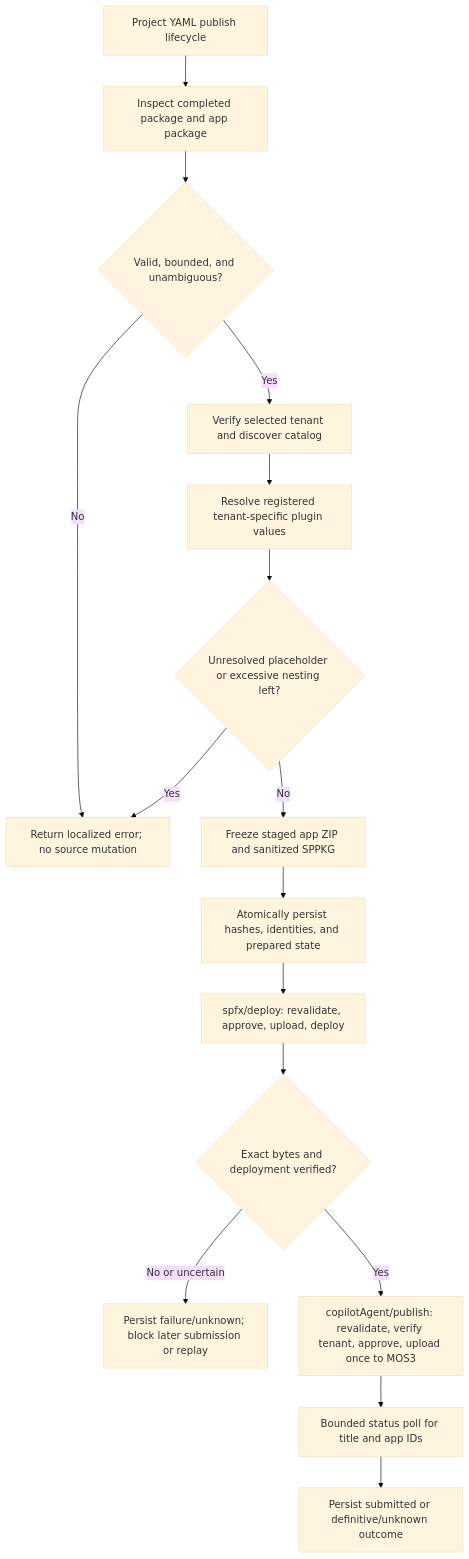
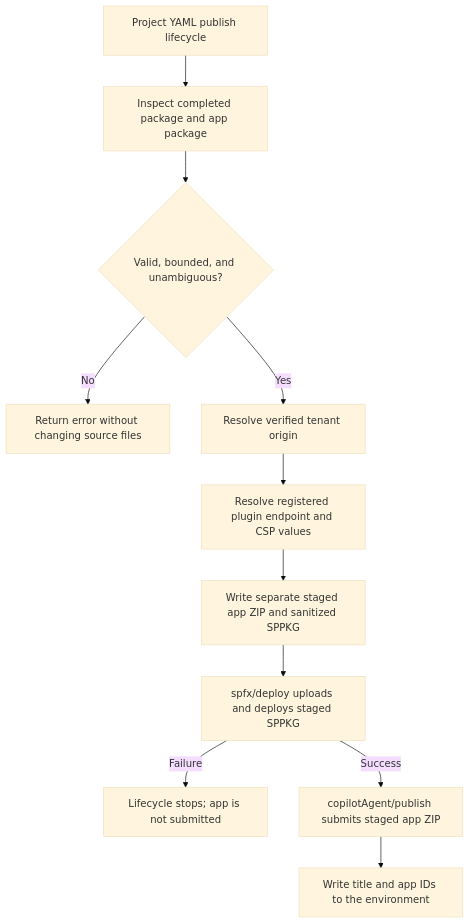
Before and after one commit to OfficeDev/microsoft-365-agents-toolkit: the diagram in docs/03-specs/operations/lifecycle/prepare-spfx-publication.md, drawn with Mermaid (base theme). The commit also changed other lines of this file and 31 other files, not shown here.

````diff
--- a/docs/03-specs/operations/lifecycle/prepare-spfx-publication.md
+++ b/docs/03-specs/operations/lifecycle/prepare-spfx-publication.md
@@ -137,18 +66,13 @@
 ```mermaid
 flowchart TD
   Input[Project YAML publish lifecycle] --> Prepare[Inspect completed package and app package]
   Prepare --> Bounds{Valid, bounded, and unambiguous?}
-  Bounds -->|No| Fail[Return localized error; no source mutation]
-  Bounds -->|Yes| Discover[Verify selected tenant and discover catalog]
-  Discover --> Resolve[Resolve registered tenant-specific plugin values]
-  Resolve --> Residual{Unresolved placeholder or excessive nesting left?}
-  Residual -->|Yes| Fail
-  Residual -->|No| Stage[Freeze staged app ZIP and sanitized SPPKG]
-  Stage --> Journal[Atomically persist hashes, identities, and prepared state]
-  Journal --> Deploy[spfx/deploy: revalidate, approve, upload, deploy]
-  Deploy --> Verify{Exact bytes and deployment verified?}
-  Verify -->|No or uncertain| Hold[Persist failure/unknown; block later submission or replay]
-  Verify -->|Yes| Submit[copilotAgent/publish: revalidate, verify tenant, approve, upload once to MOS3]
-  Submit --> Poll[Bounded status poll for title and app IDs]
-  Poll --> Complete[Persist submitted or definitive/unknown outcome]
+  Bounds -->|No| Fail[Return error without changing source files]
+  Bounds -->|Yes| Tenant[Resolve verified tenant origin]
+  Tenant --> Resolve[Resolve registered plugin endpoint and CSP values]
+  Resolve --> Stage[Write separate staged app ZIP and sanitized SPPKG]
+  Stage --> Deploy[spfx/deploy uploads and deploys staged SPPKG]
+  Deploy -->|Failure| Stop[Lifecycle stops; app is not submitted]
+  Deploy -->|Success| Submit[copilotAgent/publish submits staged app ZIP]
+  Submit --> Complete[Write title and app IDs to the environment]
 ```
````
